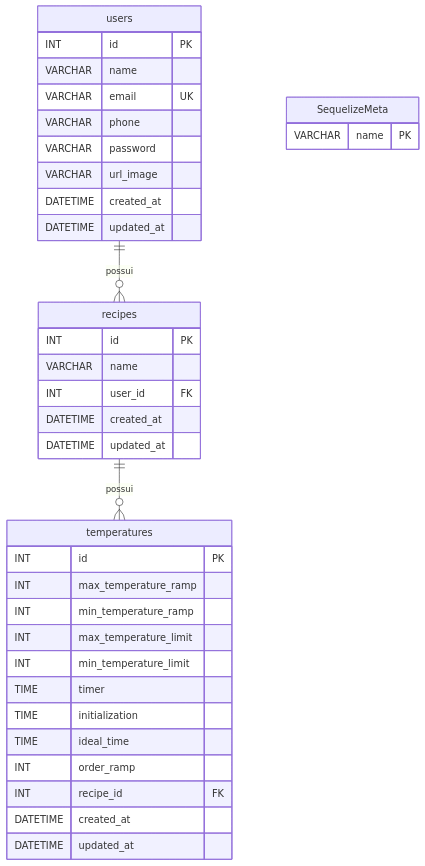
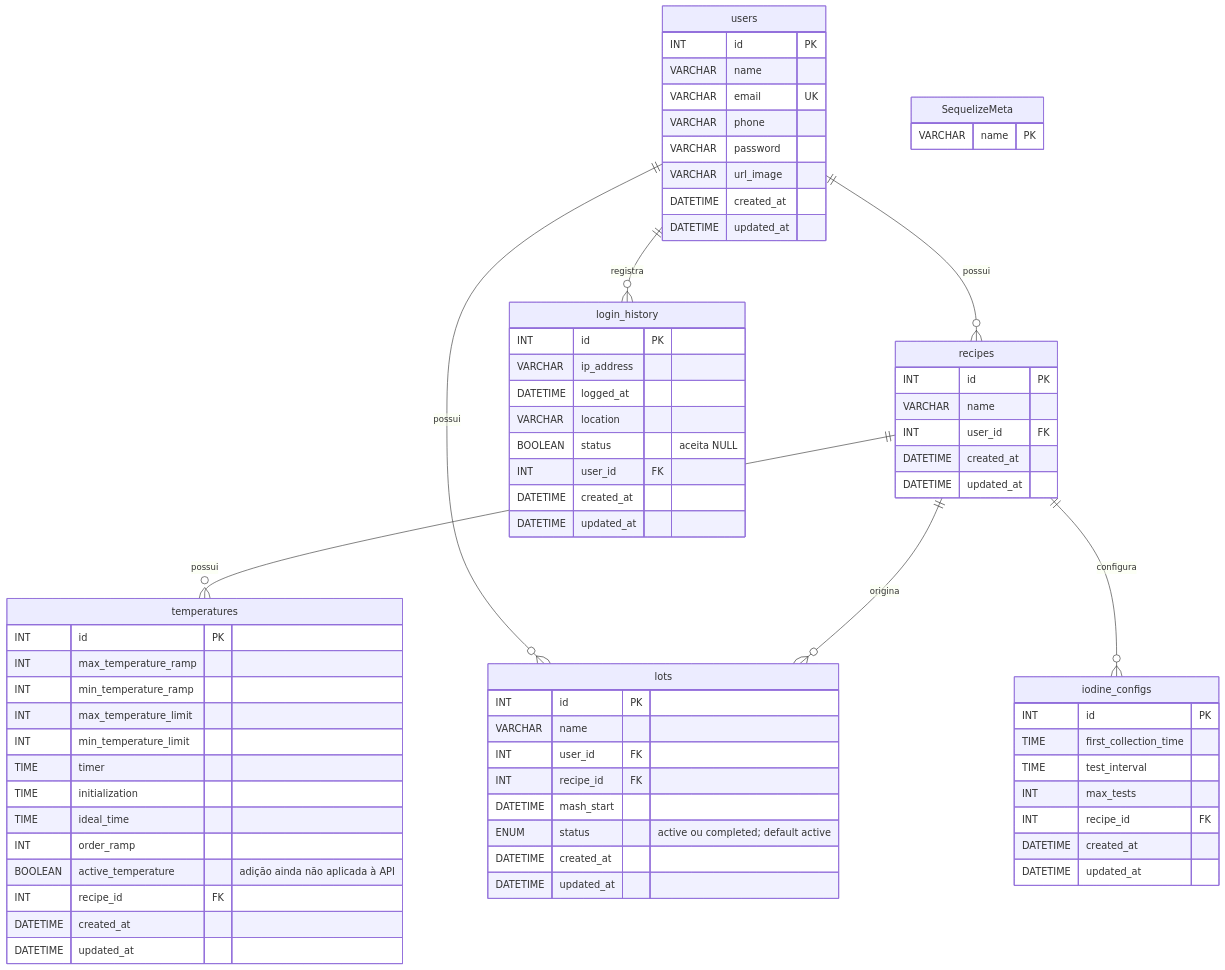
One commit to conloq/database changed the diagram in diagrama_mer_mash.mmd. Above: the diagram before and after it, drawn with Mermaid. The commit also changed 1 other file, not shown here.

```diff
--- a/diagrama_mer_mash.mmd
+++ b/diagrama_mer_mash.mmd
@@ -1,38 +1,72 @@
 erDiagram
     users ||--o{ recipes : possui
     recipes ||--o{ temperatures : possui
+    users ||--o{ lots : possui
+    recipes ||--o{ lots : origina
+    recipes ||--o{ iodine_configs : configura
+    users ||--o{ login_history : registra
 
     users {
         INT id PK
         VARCHAR name
         VARCHAR email UK
         VARCHAR phone
         VARCHAR password
         VARCHAR url_image
         DATETIME created_at
         DATETIME updated_at
     }
     recipes {
         INT id PK
         VARCHAR name
         INT user_id FK
         DATETIME created_at
         DATETIME updated_at
     }
     temperatures {
         INT id PK
         INT max_temperature_ramp
         INT min_temperature_ramp
         INT max_temperature_limit
         INT min_temperature_limit
         TIME timer
         TIME initialization
         TIME ideal_time
         INT order_ramp
+        BOOLEAN active_temperature "adição ainda não aplicada à API"
         INT recipe_id FK
         DATETIME created_at
         DATETIME updated_at
     }
     SequelizeMeta {
         VARCHAR name PK
     }
+    lots {
+        INT id PK
+        VARCHAR name
+        INT user_id FK
+        INT recipe_id FK
+        DATETIME mash_start
+        ENUM status "active ou completed; default active"
+        DATETIME created_at
+        DATETIME updated_at
+    }
+    iodine_configs {
+        INT id PK
+        TIME first_collection_time
+        TIME test_interval
+        INT max_tests
+        INT recipe_id FK
+        DATETIME created_at
+        DATETIME updated_at
+    }
+    login_history {
+        INT id PK
+        VARCHAR ip_address
+        DATETIME logged_at
+        VARCHAR location
+        BOOLEAN status "aceita NULL"
+        INT user_id FK
+        DATETIME created_at
+        DATETIME updated_at
+    }
```
